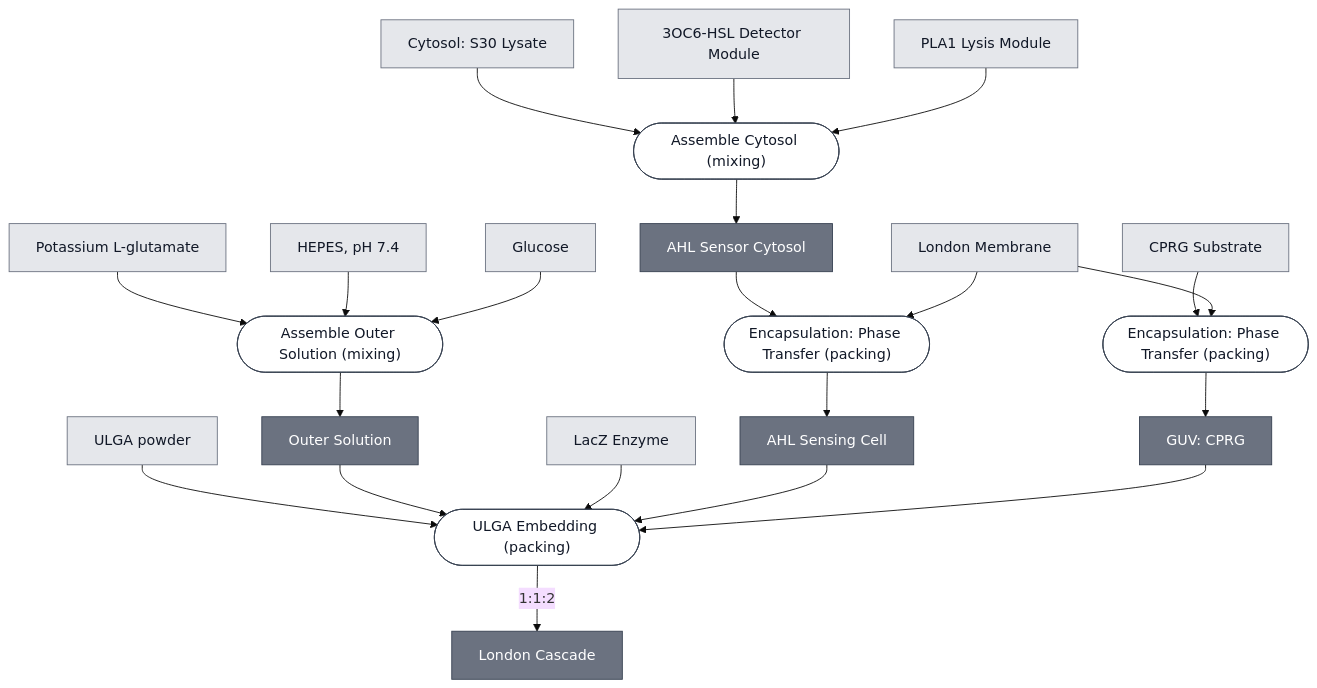
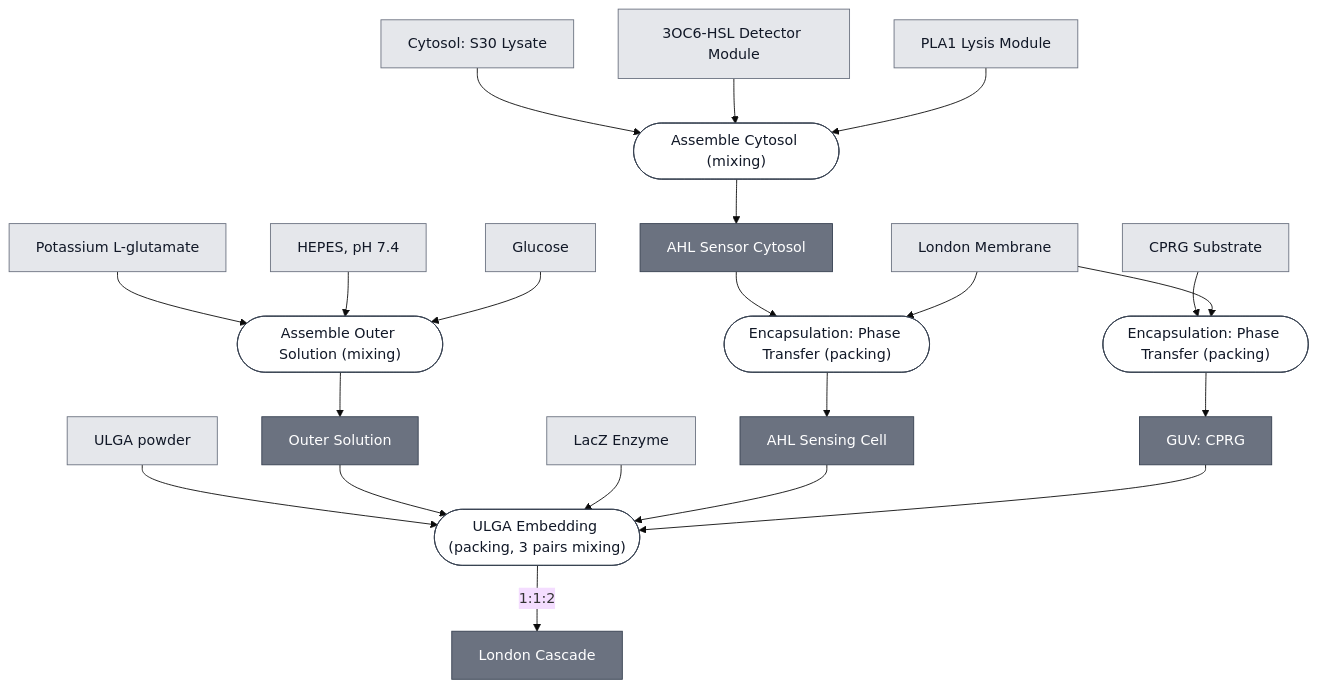
Before and after one commit to nucleus-eng/nucleus-docs: the diagram in docs/modules/london-cascade/spec.md, drawn with Mermaid (base theme). The commit also changed 3 other files, not shown here.

First line of the commit message:
Teach the composition generator three things the schema learned without it

````diff
--- a/docs/modules/london-cascade/spec.md
+++ b/docs/modules/london-cascade/spec.md
@@ -25,74 +25,74 @@
 ```mermaid
 flowchart TD
     S30_LYSATE["Cytosol: S30 Lysate"]
     DETECTOR_3OC6_HSL["3OC6-HSL Detector Module"]
     EFFECTOR_PLA1["PLA1 Lysis Module"]
     MEMBRANE_POPC["London Membrane"]
     SUBSTRATE_CPRG["CPRG Substrate"]
     REPORTER_LACZ_ENZYME["LacZ Enzyme"]
     ULGA_POWDER["ULGA powder"]
     POTASSIUM_GLUTAMATE["Potassium L-glutamate"]
     HEPES["HEPES, pH 7.4"]
     GLUCOSE["Glucose"]
 
     P1_ASSEMBLE_CYTOSOL_0(["Assemble Cytosol (mixing)"])
     AHL_SENSOR_CYTOSOL["AHL Sensor Cytosol"]
     P2_ENCAPSULATE_SENSING_0(["Encapsulation: Phase Transfer (packing)"])
     AHL_SENSING_CELL["AHL Sensing Cell"]
     P3_ENCAPSULATE_SUBSTRATE_0(["Encapsulation: Phase Transfer (packing)"])
     GUV_CPRG["GUV: CPRG"]
     P4_ASSEMBLE_OUTER_SOLUTION_0(["Assemble Outer Solution (mixing)"])
     OUTER_SOLUTION["Outer Solution"]
-    P5_EMBED_ULGA_0(["ULGA Embedding (packing)"])
+    P5_EMBED_ULGA_0(["ULGA Embedding (packing, 3 pairs mixing)"])
     LONDON_CASCADE["London Cascade"]
 
     S30_LYSATE --> P1_ASSEMBLE_CYTOSOL_0
     DETECTOR_3OC6_HSL --> P1_ASSEMBLE_CYTOSOL_0
     EFFECTOR_PLA1 --> P1_ASSEMBLE_CYTOSOL_0
     P1_ASSEMBLE_CYTOSOL_0 --> AHL_SENSOR_CYTOSOL
 
     AHL_SENSOR_CYTOSOL --> P2_ENCAPSULATE_SENSING_0
     MEMBRANE_POPC --> P2_ENCAPSULATE_SENSING_0
     P2_ENCAPSULATE_SENSING_0 --> AHL_SENSING_CELL
 
     SUBSTRATE_CPRG --> P3_ENCAPSULATE_SUBSTRATE_0
     MEMBRANE_POPC --> P3_ENCAPSULATE_SUBSTRATE_0
     P3_ENCAPSULATE_SUBSTRATE_0 --> GUV_CPRG
 
     POTASSIUM_GLUTAMATE --> P4_ASSEMBLE_OUTER_SOLUTION_0
     HEPES --> P4_ASSEMBLE_OUTER_SOLUTION_0
     GLUCOSE --> P4_ASSEMBLE_OUTER_SOLUTION_0
     P4_ASSEMBLE_OUTER_SOLUTION_0 --> OUTER_SOLUTION
 
     ULGA_POWDER --> P5_EMBED_ULGA_0
     OUTER_SOLUTION --> P5_EMBED_ULGA_0
     REPORTER_LACZ_ENZYME --> P5_EMBED_ULGA_0
     AHL_SENSING_CELL --> P5_EMBED_ULGA_0
     GUV_CPRG --> P5_EMBED_ULGA_0
     P5_EMBED_ULGA_0 -->|"1:1:2"| LONDON_CASCADE
 
 
     classDef leaf     fill:#e5e7eb,stroke:#6b7280,color:#111827;
     classDef composed fill:#6b7280,stroke:#374151,color:#ffffff;
     classDef process  fill:#ffffff,stroke:#374151,color:#111827;
     class S30_LYSATE,DETECTOR_3OC6_HSL,EFFECTOR_PLA1,MEMBRANE_POPC,SUBSTRATE_CPRG,REPORTER_LACZ_ENZYME,ULGA_POWDER,POTASSIUM_GLUTAMATE,HEPES,GLUCOSE leaf;
     class AHL_SENSOR_CYTOSOL,AHL_SENSING_CELL,GUV_CPRG,OUTER_SOLUTION,LONDON_CASCADE composed;
     class P1_ASSEMBLE_CYTOSOL_0,P2_ENCAPSULATE_SENSING_0,P3_ENCAPSULATE_SUBSTRATE_0,P4_ASSEMBLE_OUTER_SOLUTION_0,P5_EMBED_ULGA_0 process;
 
     click S30_LYSATE "/docs/modules/s30-lysate/spec"
     click DETECTOR_3OC6_HSL "/docs/modules/detector-3oc6-hsl/spec"
     click EFFECTOR_PLA1 "/docs/modules/effector-pla1/spec"
     click MEMBRANE_POPC "/docs/modules/membrane-popc/spec"
     click SUBSTRATE_CPRG "/docs/modules/substrate-cprg/spec"
     click REPORTER_LACZ_ENZYME "/docs/modules/reporter-lacz-enzyme/spec"
     click ULGA_POWDER "/docs/modules/gel-ulga/spec"
     click P1_ASSEMBLE_CYTOSOL_0 "/docs/processes/assemble-cytosol/assemble-cytosol-main"
     click AHL_SENSOR_CYTOSOL "/docs/modules/ahl-sensor-cytosol/spec"
     click P2_ENCAPSULATE_SENSING_0 "/docs/processes/assemble-base-cell/main"
     click AHL_SENSING_CELL "/docs/modules/ahl-sensing-cell/spec"
     click P3_ENCAPSULATE_SUBSTRATE_0 "/docs/processes/assemble-base-cell/main"
     click GUV_CPRG "/docs/modules/guv-cprg/spec"
     click P4_ASSEMBLE_OUTER_SOLUTION_0 "/docs/processes/assemble-outer-solution/main"
     click P5_EMBED_ULGA_0 "/docs/processes/embed-ulga-hydrogel/main"
     click LONDON_CASCADE "/docs/modules/london-cascade/spec"
 ```
````
